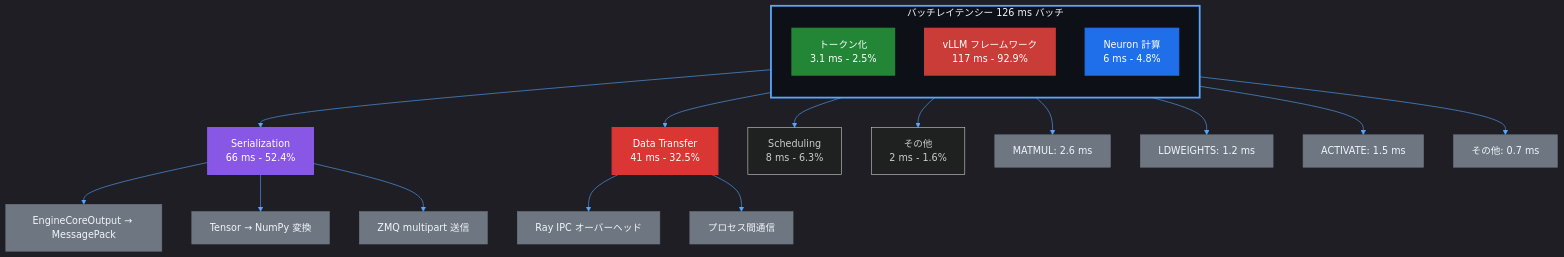
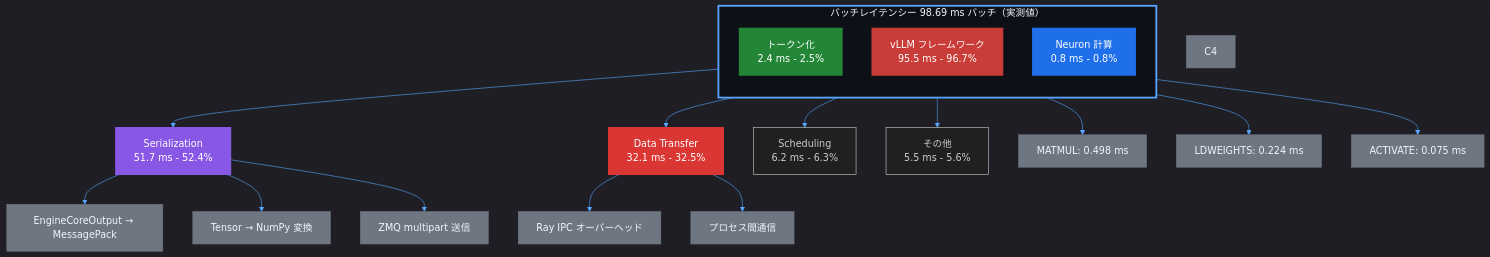
One commit to littlemex/zenn changed the second of 2 diagrams in articles/8d7643da66042e.md. Above: the diagram before and after it, drawn with Mermaid. The commit also changed other lines of this file, not shown here.

````diff
--- a/articles/8d7643da66042e.md
+++ b/articles/8d7643da66042e.md
@@ -867,43 +1073,42 @@
 ```mermaid
 %%{init: {'theme':'dark','themeVariables': {'darkMode': true, 'background': '#0d1117', 'primaryColor': '#58a6ff', 'primaryTextColor': '#f0f6fc', 'primaryBorderColor': '#58a6ff', 'lineColor': '#58a6ff', 'secondaryColor': '#58a6ff', 'tertiaryColor': '#58a6ff', 'fontSize': '16px'}}}%%
 flowchart TB
-    subgraph total["バッチレイテンシー 126 ms バッチ"]
+    subgraph total["バッチレイテンシー 98.69 ms バッチ（実測値）"]
         direction TB
-        A["トークン化<br/>3.1 ms - 2.5%"]
-        B["vLLM フレームワーク<br/>117 ms - 92.9%"]
-        C["Neuron 計算<br/>6 ms - 4.8%"]
+        A["トークン化<br/>2.4 ms - 2.5%"]
+        B["vLLM フレームワーク<br/>95.5 ms - 96.7%"]
+        C["Neuron 計算<br/>0.8 ms - 0.8%"]
     end
 
-    B --> B1["Serialization<br/>66 ms - 52.4%"]
-    B --> B2["Data Transfer<br/>41 ms - 32.5%"]
-    B --> B3["Scheduling<br/>8 ms - 6.3%"]
-    B --> B4["その他<br/>2 ms - 1.6%"]
+    B --> B1["Serialization<br/>51.7 ms - 52.4%"]
+    B --> B2["Data Transfer<br/>32.1 ms - 32.5%"]
+    B --> B3["Scheduling<br/>6.2 ms - 6.3%"]
+    B --> B4["その他<br/>5.5 ms - 5.6%"]
 
     B1 --> B1a["EngineCoreOutput → MessagePack"]
     B1 --> B1b["Tensor → NumPy 変換"]
     B1 --> B1c["ZMQ multipart 送信"]
 
     B2 --> B2a["Ray IPC オーバーヘッド"]
     B2 --> B2b["プロセス間通信"]
 
-    C --> C1["MATMUL: 2.6 ms"]
-    C --> C2["LDWEIGHTS: 1.2 ms"]
-    C --> C3["ACTIVATE: 1.5 ms"]
-    C --> C4["その他: 0.7 ms"]
+    C --> C1["MATMUL: 0.498 ms"]
+    C --> C2["LDWEIGHTS: 0.224 ms"]
+    C --> C3["ACTIVATE: 0.075 ms"]
 
     style total fill:#0d1117,stroke:#58a6ff,stroke-width:3px,color:#f0f6fc
     style A fill:#238636,stroke:#238636,stroke-width:2px,color:#ffffff
     style B fill:#c93c37,stroke:#c93c37,stroke-width:2px,color:#ffffff
     style C fill:#1f6feb,stroke:#1f6feb,stroke-width:2px,color:#ffffff
     style B1 fill:#8957e5,stroke:#8957e5,stroke-width:2px,color:#ffffff
     style B2 fill:#da3633,stroke:#da3633,stroke-width:2px,color:#ffffff
     style B1a fill:#6e7681,stroke:#6e7681,stroke-width:1px,color:#f0f6fc
     style B1b fill:#6e7681,stroke:#6e7681,stroke-width:1px,color:#f0f6fc
     style B1c fill:#6e7681,stroke:#6e7681,stroke-width:1px,color:#f0f6fc
     style B2a fill:#6e7681,stroke:#6e7681,stroke-width:1px,color:#f0f6fc
     style B2b fill:#6e7681,stroke:#6e7681,stroke-width:1px,color:#f0f6fc
     style C1 fill:#6e7681,stroke:#6e7681,stroke-width:1px,color:#f0f6fc
     style C2 fill:#6e7681,stroke:#6e7681,stroke-width:1px,color:#f0f6fc
     style C3 fill:#6e7681,stroke:#6e7681,stroke-width:1px,color:#f0f6fc
     style C4 fill:#6e7681,stroke:#6e7681,stroke-width:1px,color:#f0f6fc
 ```
````
